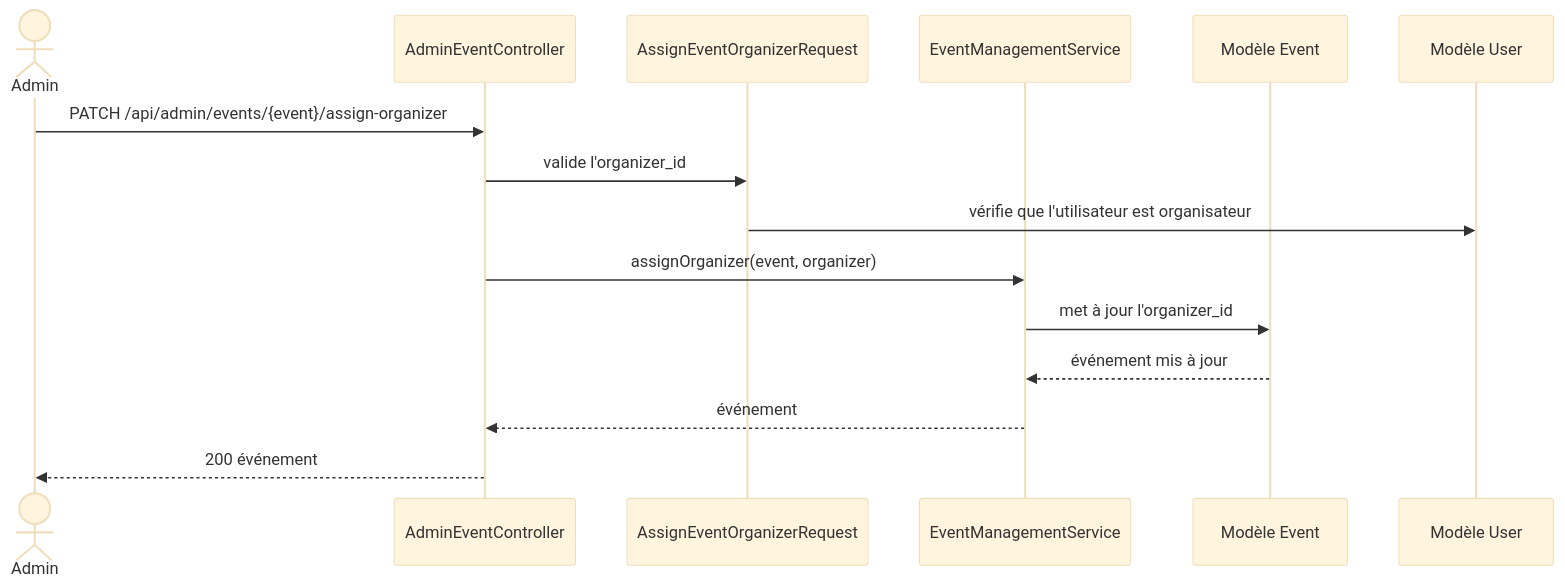
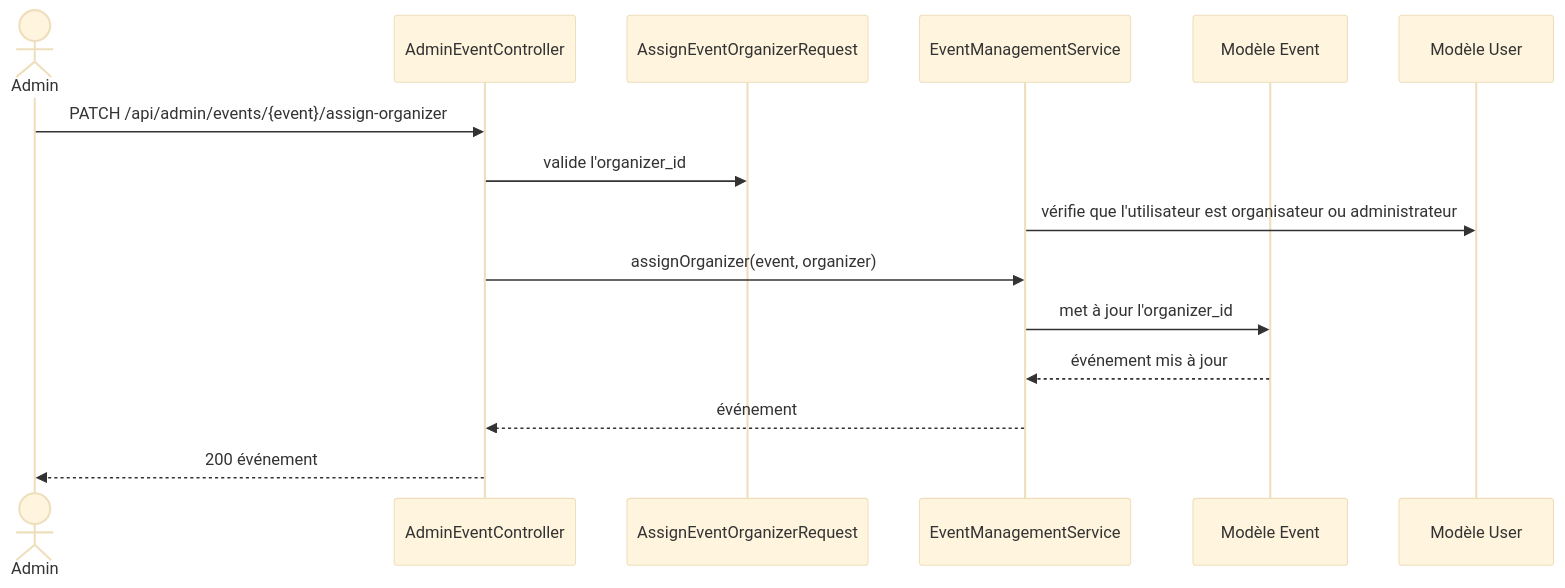
One commit to HOUDAZ011100100/SecRet-cms changed diagram 14 of 34 in backend/docs/uml/workflows.md. Above: the diagram before and after it, drawn with Mermaid (base theme). The commit also changed other lines of this file and 8 other files, not shown here.

Commit message:
feat(docs): Update documentation for API routes, backend architecture, and hardening plan

````diff
--- a/backend/docs/uml/workflows.md
+++ b/backend/docs/uml/workflows.md
@@ -333,18 +334,18 @@
 ```mermaid
 sequenceDiagram
     actor Admin
     participant API as AdminEventController
     participant Request as AssignEventOrganizerRequest
     participant Service as EventManagementService
     participant Event as Modèle Event
     participant User as Modèle User
 
     Admin->>API: PATCH /api/admin/events/{event}/assign-organizer
     API->>Request: valide l'organizer_id
-    Request->>User: vérifie que l'utilisateur est organisateur
+    Service->>User: vérifie que l'utilisateur est organisateur ou administrateur
     API->>Service: assignOrganizer(event, organizer)
     Service->>Event: met à jour l'organizer_id
     Event-->>Service: événement mis à jour
     Service-->>API: événement
     API-->>Admin: 200 événement
 ```
````
